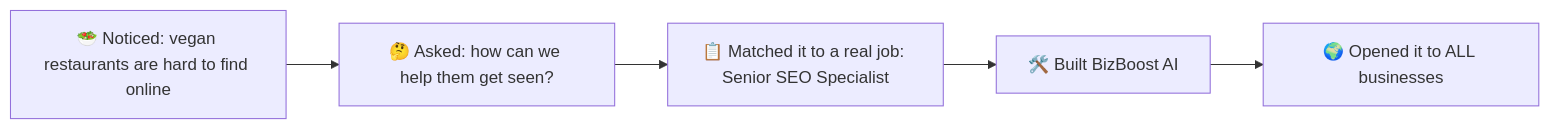
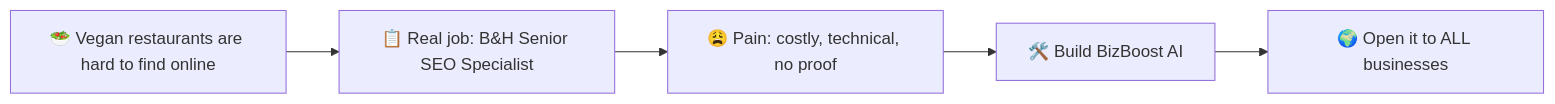
The first of 3 diagrams in README.md (Soma-Majumder/BizBoost-AI), drawn with Mermaid before and after one commit. The commit also changed other lines of this file and 2 other files, not shown here.

Commit message:
Rewrite README to follow the presentation flow, add Erick's photo and demo video

````diff
--- a/README.md
+++ b/README.md
@@ -66,7 +70,7 @@
 ```mermaid
 flowchart LR
-  A[🥗 Noticed: vegan restaurants are hard to find online] --> B[🤔 Asked: how can we help them get seen?]
-  B --> C[📋 Matched it to a real job: Senior SEO Specialist]
-  C --> D[🛠️ Built BizBoost AI]
-  D --> E[🌍 Opened it to ALL businesses]
+  A[🥗 Vegan restaurants are hard to find online] --> B[📋 Real job: B&H Senior SEO Specialist]
+  B --> C[😩 Pain: costly, technical, no proof]
+  C --> D[🛠️ Build BizBoost AI]
+  D --> E[🌍 Open it to ALL businesses]
 ```
````
